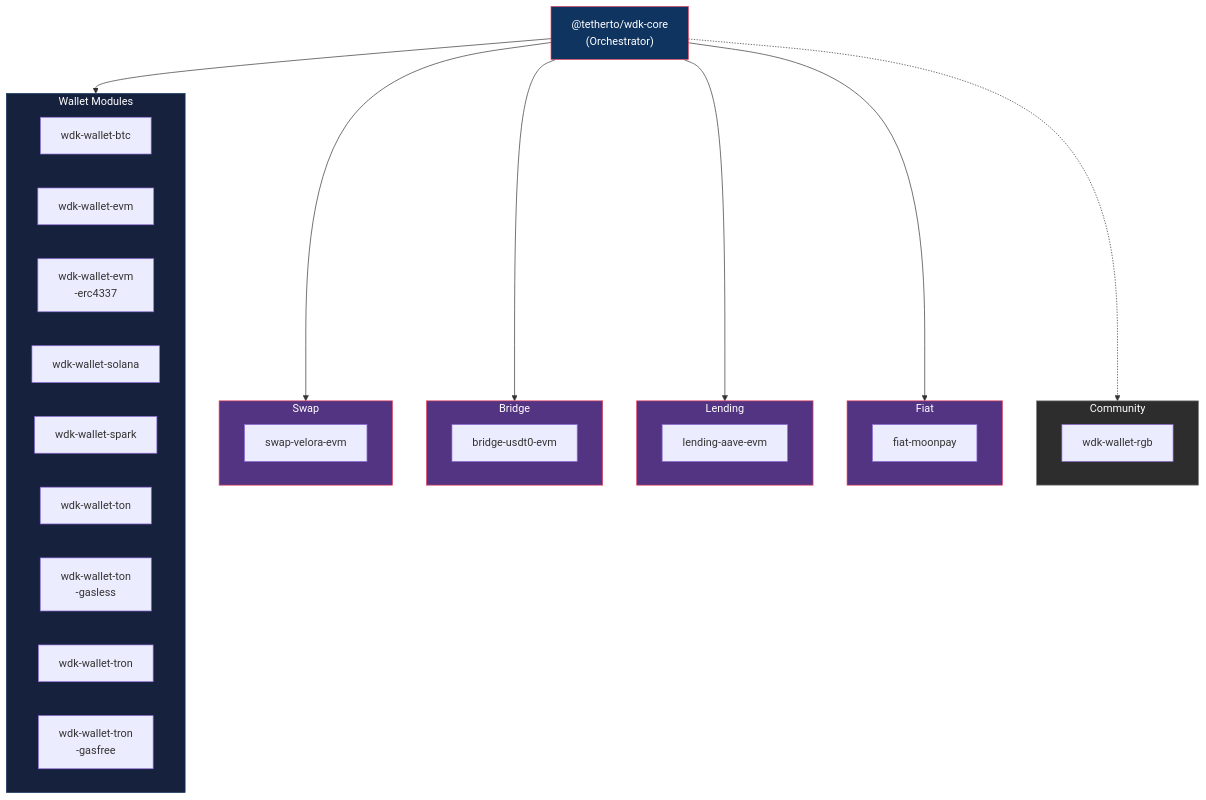
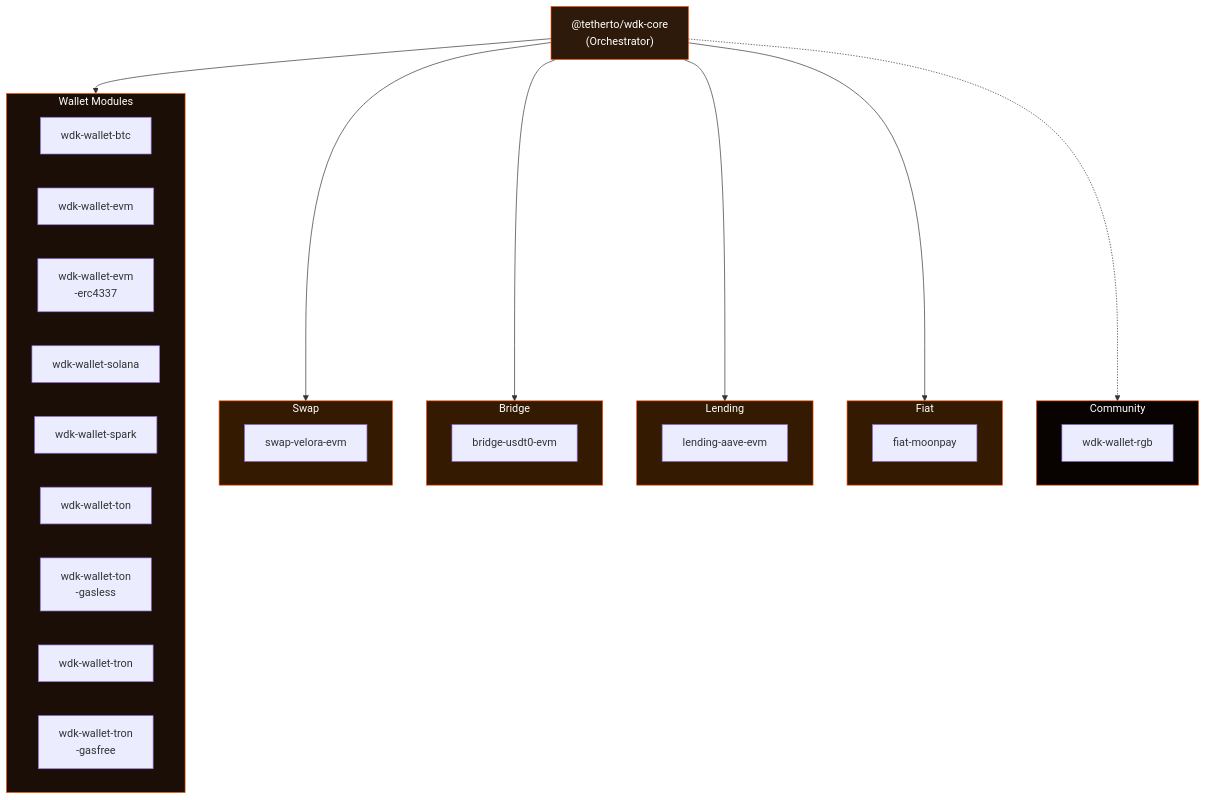
The diagram in sdk/all-modules.md (gatteo/wdk-docs), drawn with Mermaid before and after one commit. The commit also changed 21 other files, not shown here.

Commit message:
docs: update all mermaid diagrams to WDK branding colors (#FF4E00 orange, #080201 dark)

````diff
--- a/sdk/all-modules.md
+++ b/sdk/all-modules.md
@@ -24,52 +24,52 @@
 ```mermaid
 graph TD
     CORE["@tetherto/wdk-core\n(Orchestrator)"]
 
     subgraph Wallet["Wallet Modules"]
         direction LR
         BTC["wdk-wallet-btc"]
         EVM["wdk-wallet-evm"]
         EVM43["wdk-wallet-evm\n-erc4337"]
         SOL["wdk-wallet-solana"]
         SPARK["wdk-wallet-spark"]
         TON["wdk-wallet-ton"]
         TONG["wdk-wallet-ton\n-gasless"]
         TRON["wdk-wallet-tron"]
         TRONG["wdk-wallet-tron\n-gasfree"]
     end
 
     subgraph Swap["Swap"]
         VELORA["swap-velora-evm"]
     end
 
     subgraph Bridge["Bridge"]
         USDT0["bridge-usdt0-evm"]
     end
 
     subgraph Lending["Lending"]
         AAVE["lending-aave-evm"]
     end
 
     subgraph Fiat["Fiat"]
         MOON["fiat-moonpay"]
     end
 
     subgraph Community["Community"]
         RGB["wdk-wallet-rgb"]
     end
 
     CORE --> Wallet
     CORE --> Swap
     CORE --> Bridge
     CORE --> Lending
     CORE --> Fiat
     CORE -.-> Community
 
-    style CORE fill:#0f3460,stroke:#e94560,color:#fff
-    style Wallet fill:#16213e,stroke:#0f3460,color:#fff
-    style Swap fill:#533483,stroke:#e94560,color:#fff
-    style Bridge fill:#533483,stroke:#e94560,color:#fff
-    style Lending fill:#533483,stroke:#e94560,color:#fff
-    style Fiat fill:#533483,stroke:#e94560,color:#fff
-    style Community fill:#2d2d2d,stroke:#888,color:#fff
+    style CORE fill:#2d1a0a,stroke:#FF4E00,color:#fff
+    style Wallet fill:#1a0e06,stroke:#FF4E00,color:#fff
+    style Swap fill:#331a00,stroke:#FF4E00,color:#fff
+    style Bridge fill:#331a00,stroke:#FF4E00,color:#fff
+    style Lending fill:#331a00,stroke:#FF4E00,color:#fff
+    style Fiat fill:#331a00,stroke:#FF4E00,color:#fff
+    style Community fill:#080201,stroke:#FF4E00,color:#fff
 ```
````
